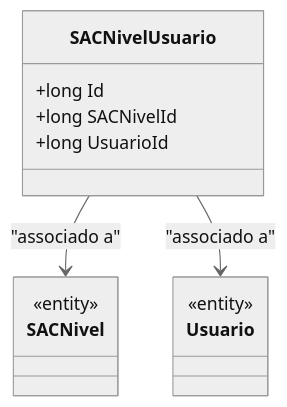
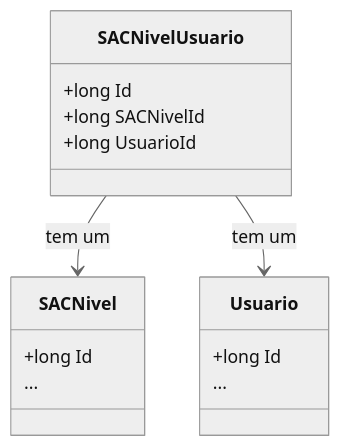
The diagram in docs/b2b-dominio/IsthmusWinthor.Nucleo/IsthmusWinthor.Dominio/Entidades/SACNivelUsuario.md (IsthmusSistemas/documentacao-tecnica), drawn with Mermaid (neutral theme) before and after one commit. The commit also changed other lines of this file and 882 other files, not shown here.

````diff
--- a/docs/b2b-dominio/IsthmusWinthor.Nucleo/IsthmusWinthor.Dominio/Entidades/SACNivelUsuario.md
+++ b/docs/b2b-dominio/IsthmusWinthor.Nucleo/IsthmusWinthor.Dominio/Entidades/SACNivelUsuario.md
@@ -22,17 +22,21 @@
 ```mermaid
 classDiagram
     class SACNivelUsuario {
         +long Id
         +long SACNivelId
         +long UsuarioId
     }
+
     class SACNivel {
-        <<entity>>
-    }
-    class Usuario {
-        <<entity>>
+        +long Id
+        ...
     }
 
-    SACNivelUsuario --> SACNivel : "associado a"
-    SACNivelUsuario --> Usuario : "associado a"
+    class Usuario {
+        +long Id
+        ...
+    }
+
+    SACNivelUsuario --> SACNivel : tem um
+    SACNivelUsuario --> Usuario : tem um
 ```
````
